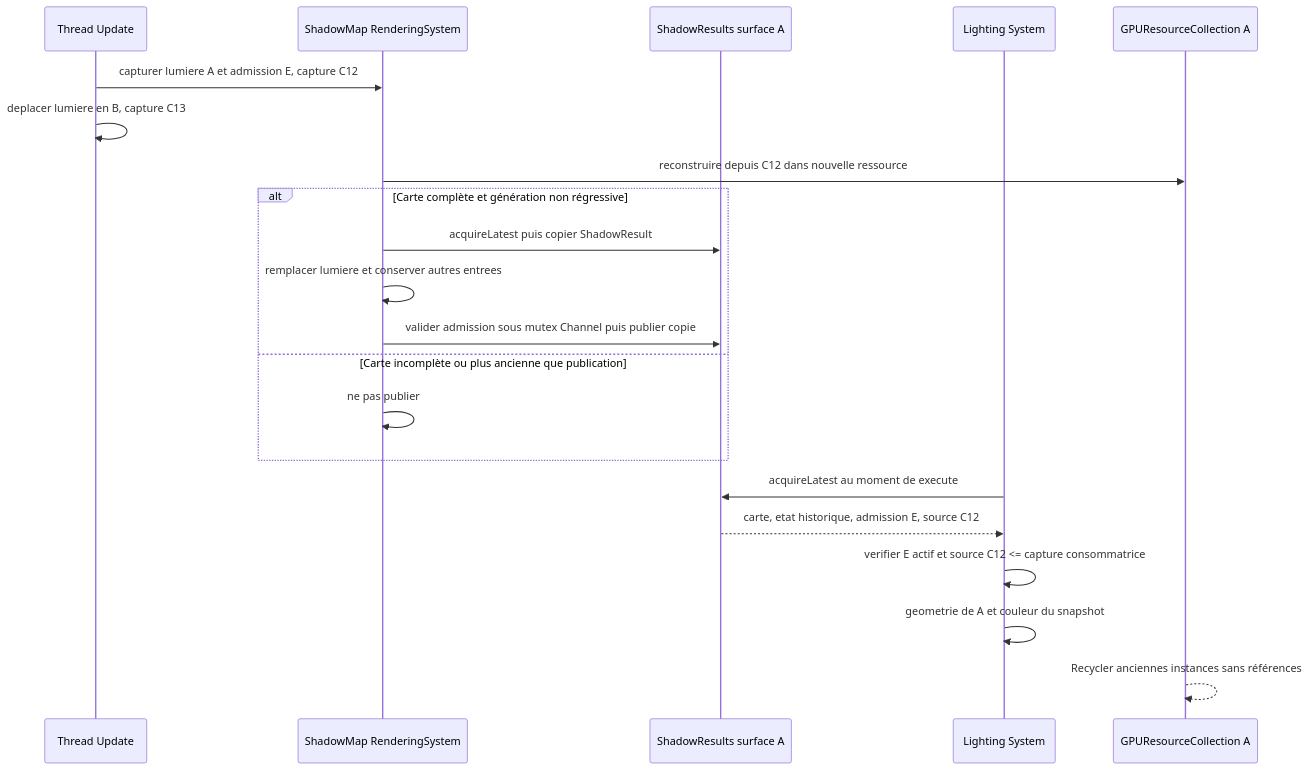
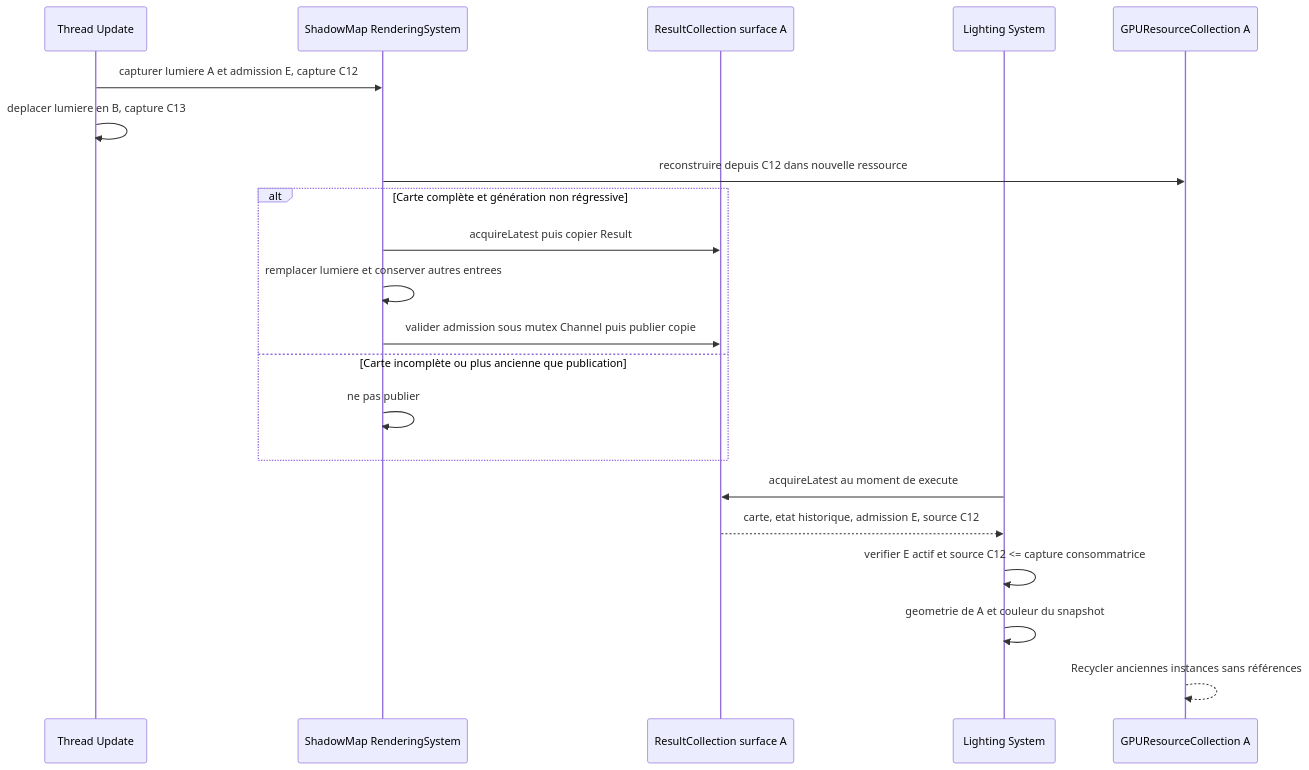
The eighth of 20 diagrams in docs/voxel-engine-v0.1.4/08-lumieres-et-ombres.md (EreliaStudio/Sparkle), drawn with Mermaid before and after one commit. The commit also changed other lines of this file and 5 other files, not shown here.

Commit message:
docs(PR21): use ShadowMap::Result and ResultCollection terminology

````diff
--- a/docs/voxel-engine-v0.1.4/08-lumieres-et-ombres.md
+++ b/docs/voxel-engine-v0.1.4/08-lumieres-et-ombres.md
@@ -299,23 +299,23 @@
 ```mermaid
 sequenceDiagram
   participant U as Thread Update
   participant SH as ShadowMap RenderingSystem
-  participant R as ShadowResults surface A
+  participant R as ResultCollection surface A
   participant LI as Lighting System
   participant GPU as GPUResourceCollection A
   U->>SH: capturer lumiere A et admission E, capture C12
   U->>U: deplacer lumiere en B, capture C13
   SH->>GPU: reconstruire depuis C12 dans nouvelle ressource
   alt Carte complète et génération non régressive
-    SH->>R: acquireLatest puis copier ShadowResult
+    SH->>R: acquireLatest puis copier Result
     SH->>SH: remplacer lumiere et conserver autres entrees
     SH->>R: valider admission sous mutex Channel puis publier copie
   else Carte incomplète ou plus ancienne que publication
     SH->>SH: ne pas publier
   end
   LI->>R: acquireLatest au moment de execute
   R-->>LI: carte, etat historique, admission E, source C12
   LI->>LI: verifier E actif et source C12 <= capture consommatrice
   LI->>LI: geometrie de A et couleur du snapshot
   GPU-->>GPU: Recycler anciennes instances sans références
 ```
````
